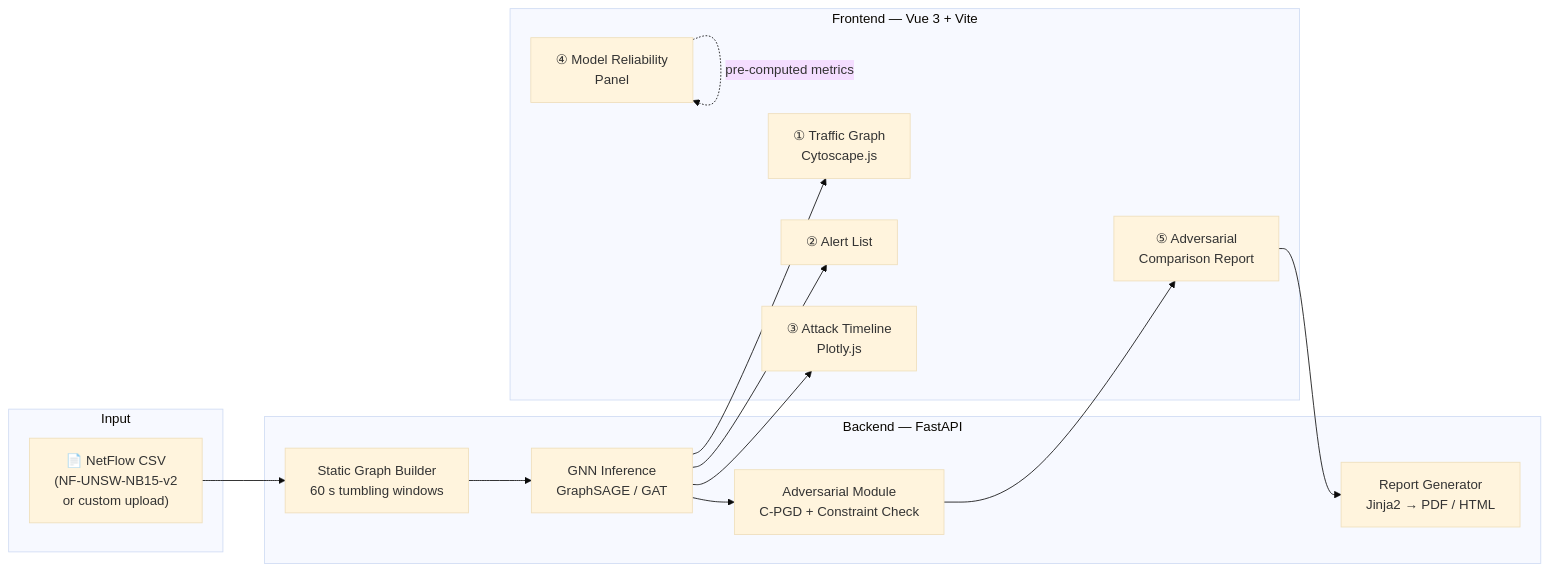
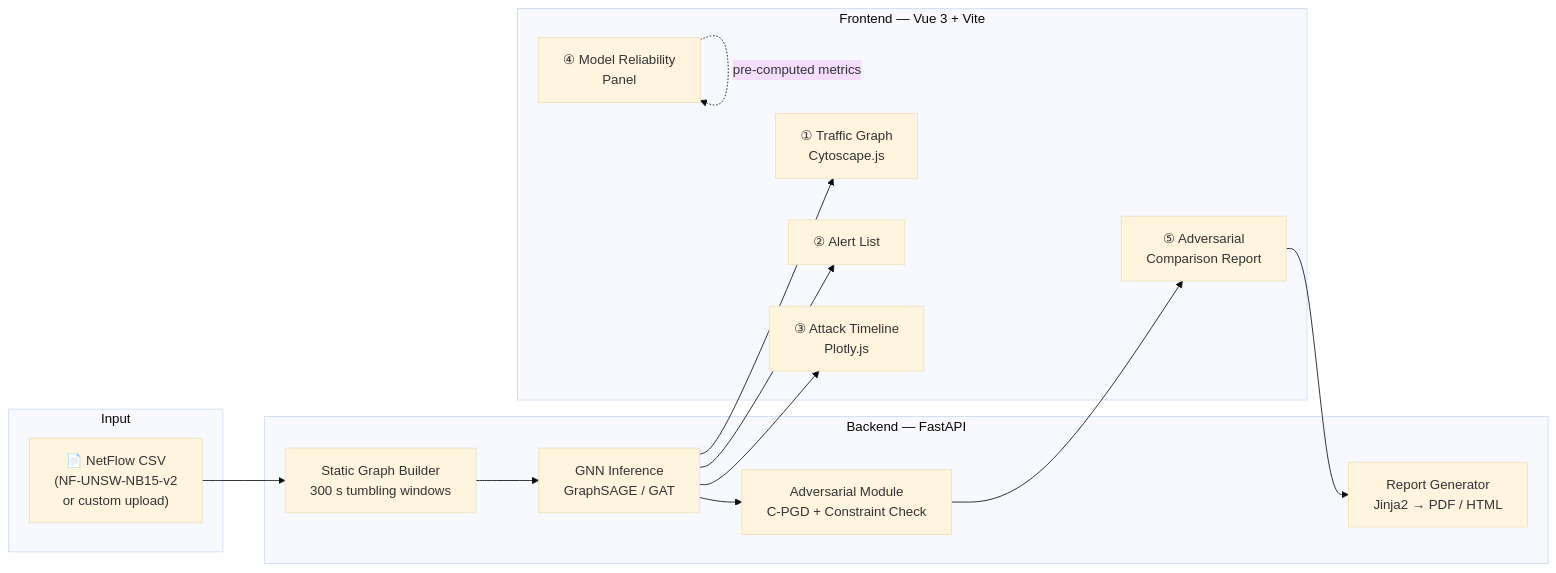
The diagram in README.md (SoWiEee/GNN-TGAT-NIDS), drawn with Mermaid (base theme) before and after one commit. The commit also changed other lines of this file, not shown here.

````diff
--- a/README.md
+++ b/README.md
@@ -30,26 +30,26 @@
 ```mermaid
 flowchart LR
     subgraph Input
         CSV["📄 NetFlow CSV\n(NF-UNSW-NB15-v2\nor custom upload)"]
     end
 
     subgraph Backend["Backend — FastAPI"]
-        SB["Static Graph Builder\n60 s tumbling windows"]
+        SB["Static Graph Builder\n300 s tumbling windows"]
         GNN["GNN Inference\nGraphSAGE / GAT"]
         ADV["Adversarial Module\nC-PGD + Constraint Check"]
         RPT["Report Generator\nJinja2 → PDF / HTML"]
     end
 
     subgraph Frontend["Frontend — Vue 3 + Vite"]
         VIZ["① Traffic Graph\nCytoscape.js"]
         ALT["② Alert List"]
         TSC["③ Attack Timeline\nPlotly.js"]
         MRP["④ Model Reliability\nPanel"]
         ACP["⑤ Adversarial\nComparison Report"]
     end
 
     CSV --> SB --> GNN --> VIZ & ALT & TSC
     GNN --> ADV --> ACP
     ACP --> RPT
     MRP -.->|pre-computed metrics| MRP
 ```
````
